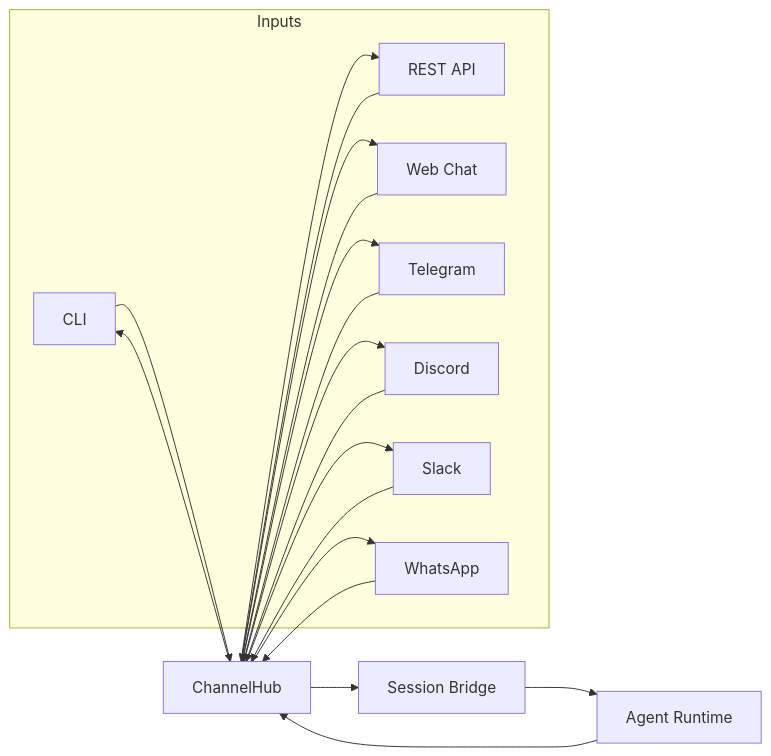
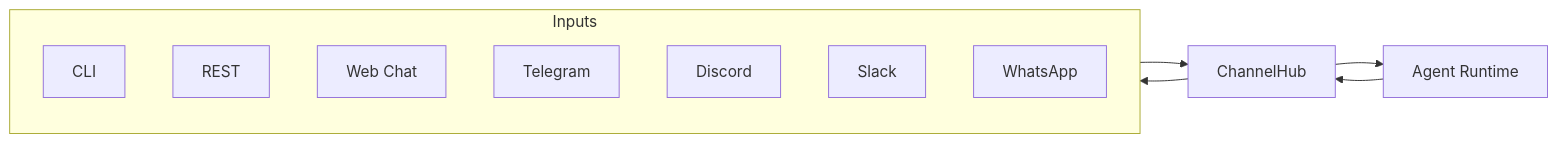
One commit to viantonugroho11/Anvio changed the fourth of 5 diagrams in README.md. Above: the diagram before and after it, drawn with Mermaid. The commit also changed other lines of this file, not shown here.

First line of the commit message:
docs(readme): expand quick start, usage guide, and architecture visuals

````diff
--- a/README.md
+++ b/README.md
@@ -438,21 +621,17 @@
 ```mermaid
 flowchart LR
-    subgraph Inputs
-        CLI2["CLI"]
-        REST["REST API"]
+    subgraph In["Inputs"]
+        CLI["CLI"]
+        REST["REST"]
         WEB["Web Chat"]
-        TG2["Telegram"]
-        DC2["Discord"]
-        SL2["Slack"]
-        WA2["WhatsApp"]
+        TG["Telegram"]
+        DC["Discord"]
+        SL["Slack"]
+        WA["WhatsApp"]
     end
 
-    HUB["ChannelHub"]
-    BR["Session Bridge"]
-    RT["Agent Runtime"]
-
-    CLI2 & REST & WEB & TG2 & DC2 & SL2 & WA2 --> HUB
-    HUB --> BR --> RT
+    HUB["ChannelHub"] --> RT["Agent Runtime"]
     RT --> HUB
-    HUB --> CLI2 & REST & WEB & TG2 & DC2 & SL2 & WA2
+    In --> HUB
+    HUB --> In
 ```
````
